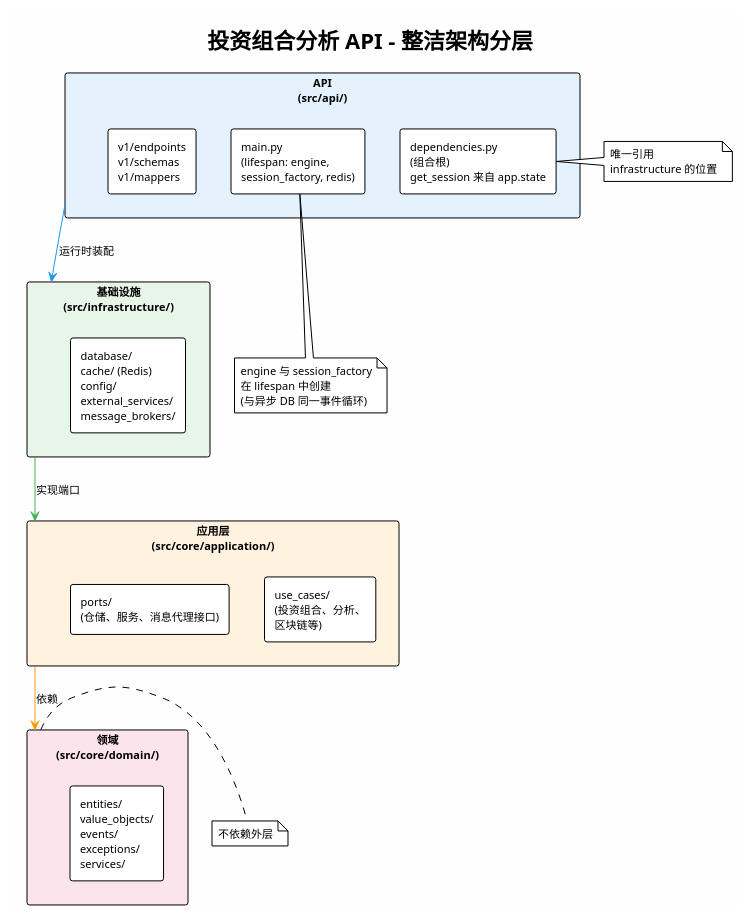
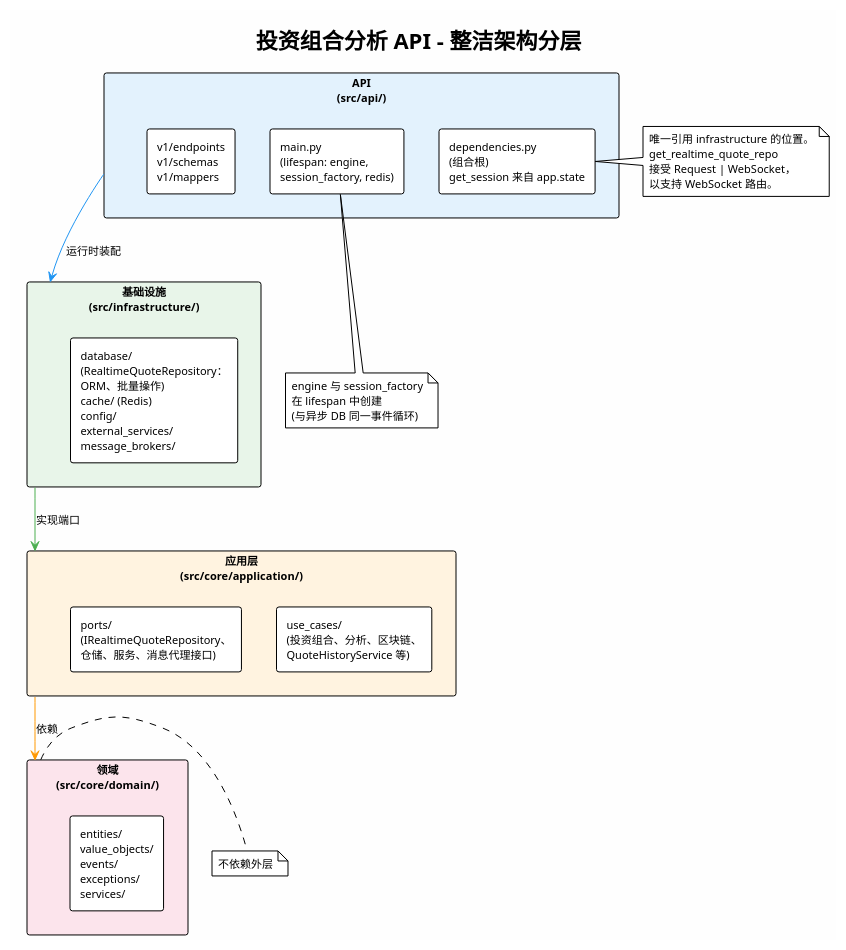
The diagram in docs/zh/c4/clean-architecture-portfolio-api.puml (felixzhu97/finpulse), drawn with PlantUML before and after one commit. The commit also changed 111 other files, not shown here.

```diff
--- a/docs/zh/c4/clean-architecture-portfolio-api.puml
+++ b/docs/zh/c4/clean-architecture-portfolio-api.puml
@@ -1,46 +1,48 @@
 @startuml clean-architecture-portfolio-api-zh
 !theme plain
 skinparam backgroundColor #FEFEFE
 skinparam defaultFontSize 11
 
 title 投资组合分析 API - 整洁架构分层
 
 rectangle "**API**\n(src/api/)" as API #E3F2FD {
   rectangle "main.py\n(lifespan: engine,\nsession_factory, redis)" as LIFESPAN
   rectangle "dependencies.py\n(组合根)\nget_session 来自 app.state" as DI
   rectangle "v1/endpoints\nv1/schemas\nv1/mappers" as WEB
 }
 
 rectangle "**基础设施**\n(src/infrastructure/)" as INFRA #E8F5E9 {
-  rectangle "database/\ncache/ (Redis)\nconfig/\nexternal_services/\nmessage_brokers/" as INFRA_IMPL
+  rectangle "database/\n(RealtimeQuoteRepository：\nORM、批量操作)\ncache/ (Redis)\nconfig/\nexternal_services/\nmessage_brokers/" as INFRA_IMPL
 }
 
 rectangle "**应用层**\n(src/core/application/)" as APP #FFF3E0 {
-  rectangle "use_cases/\n(投资组合、分析、\n区块链等)" as UC
-  rectangle "ports/\n(仓储、服务、消息代理接口)" as PORTS
+  rectangle "use_cases/\n(投资组合、分析、区块链、\nQuoteHistoryService 等)" as UC
+  rectangle "ports/\n(IRealtimeQuoteRepository、\n仓储、服务、消息代理接口)" as PORTS
 }
 
 rectangle "**领域**\n(src/core/domain/)" as DOMAIN #FCE4EC {
   rectangle "entities/\nvalue_objects/\nevents/\nexceptions/\nservices/" as DOMAIN_IMPL
 }
 
 API -[#2196F3]-> INFRA : 运行时装配
 INFRA -[#4CAF50]-> APP : 实现端口
 APP -[#FF9800]-> DOMAIN : 依赖
 
 note right of DOMAIN
   不依赖外层
 end note
 
 note right of DI
-  唯一引用
-  infrastructure 的位置
+  唯一引用 infrastructure 的位置。
+  get_realtime_quote_repo
+  接受 Request | WebSocket，
+  以支持 WebSocket 路由。
 end note
 
 note bottom of LIFESPAN
   engine 与 session_factory
   在 lifespan 中创建
   (与异步 DB 同一事件循环)
 end note
 
 @enduml
```
